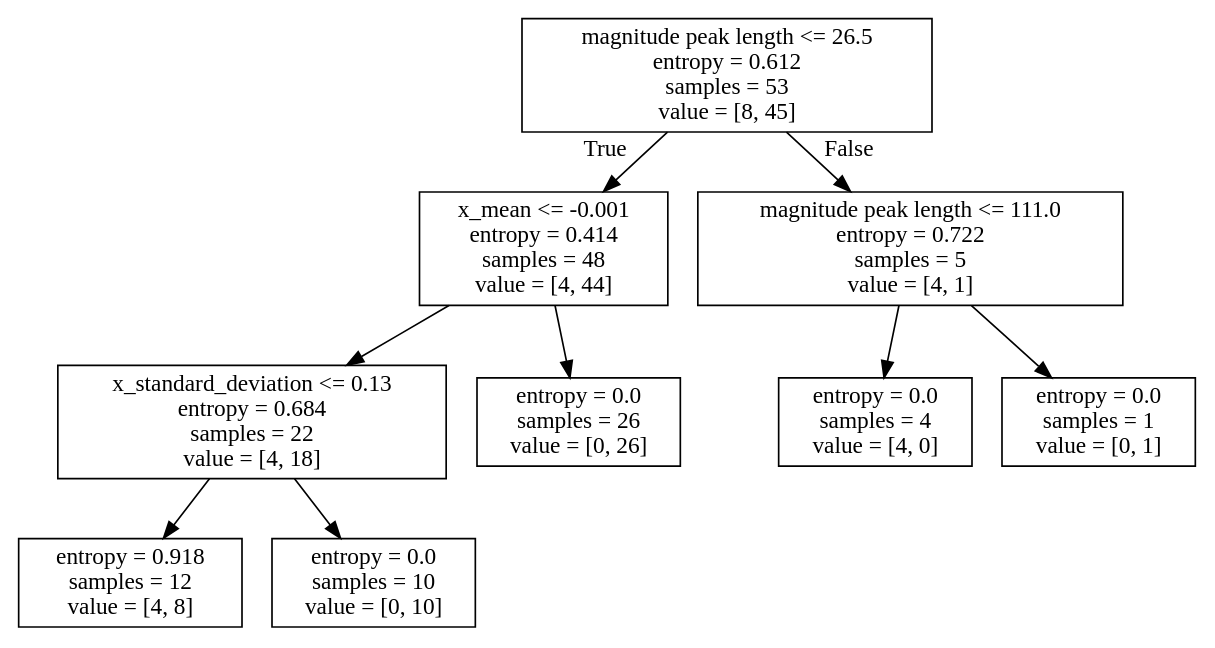
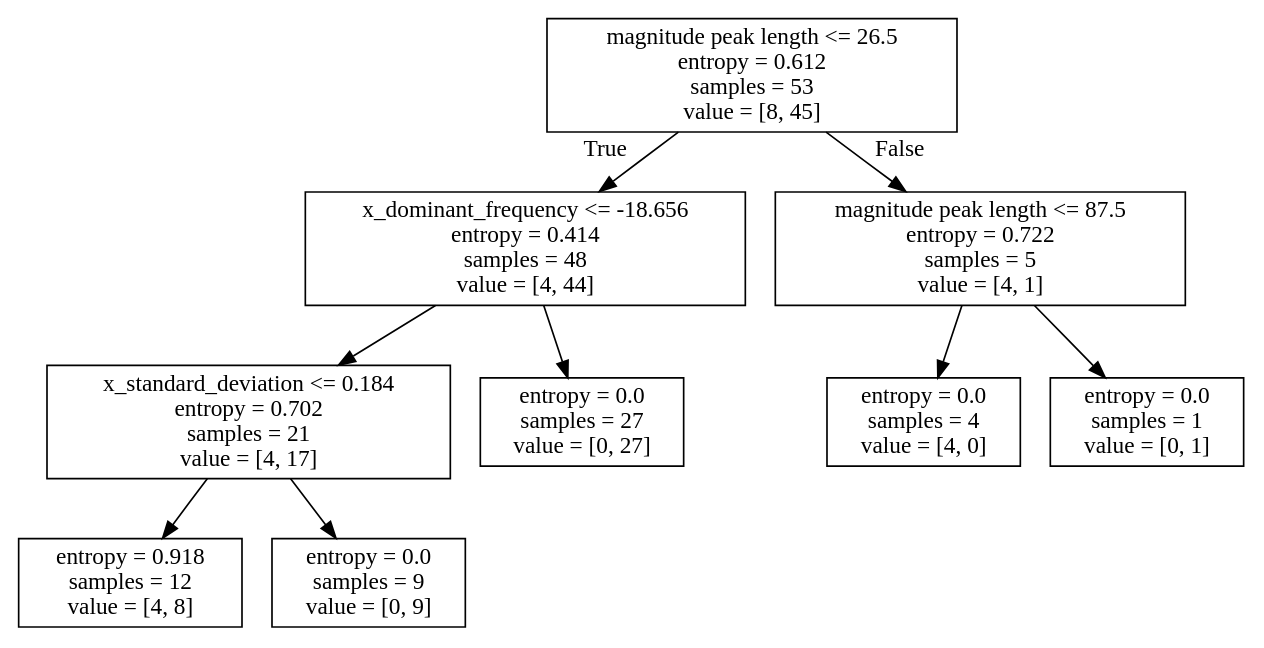
The diagram in tree-random.dot (josephbima/sleep-tracker), drawn with Graphviz before and after one commit. The commit also changed 6 other files, not shown here.

```diff
--- a/tree-random.dot
+++ b/tree-random.dot
@@ -1,20 +1,20 @@
 digraph Tree {
 node [shape=box] ;
 0 [label="magnitude peak length <= 26.5\nentropy = 0.612\nsamples = 53\nvalue = [8, 45]"] ;
-1 [label="x_mean <= -0.001\nentropy = 0.414\nsamples = 48\nvalue = [4, 44]"] ;
+1 [label="x_dominant_frequency <= -18.656\nentropy = 0.414\nsamples = 48\nvalue = [4, 44]"] ;
 0 -> 1 [labeldistance=2.5, labelangle=45, headlabel="True"] ;
-2 [label="x_standard_deviation <= 0.13\nentropy = 0.684\nsamples = 22\nvalue = [4, 18]"] ;
+2 [label="x_standard_deviation <= 0.184\nentropy = 0.702\nsamples = 21\nvalue = [4, 17]"] ;
 1 -> 2 ;
 3 [label="entropy = 0.918\nsamples = 12\nvalue = [4, 8]"] ;
 2 -> 3 ;
-4 [label="entropy = 0.0\nsamples = 10\nvalue = [0, 10]"] ;
+4 [label="entropy = 0.0\nsamples = 9\nvalue = [0, 9]"] ;
 2 -> 4 ;
-5 [label="entropy = 0.0\nsamples = 26\nvalue = [0, 26]"] ;
+5 [label="entropy = 0.0\nsamples = 27\nvalue = [0, 27]"] ;
 1 -> 5 ;
-6 [label="magnitude peak length <= 111.0\nentropy = 0.722\nsamples = 5\nvalue = [4, 1]"] ;
+6 [label="magnitude peak length <= 87.5\nentropy = 0.722\nsamples = 5\nvalue = [4, 1]"] ;
 0 -> 6 [labeldistance=2.5, labelangle=-45, headlabel="False"] ;
 7 [label="entropy = 0.0\nsamples = 4\nvalue = [4, 0]"] ;
 6 -> 7 ;
 8 [label="entropy = 0.0\nsamples = 1\nvalue = [0, 1]"] ;
 6 -> 8 ;
 }
```
